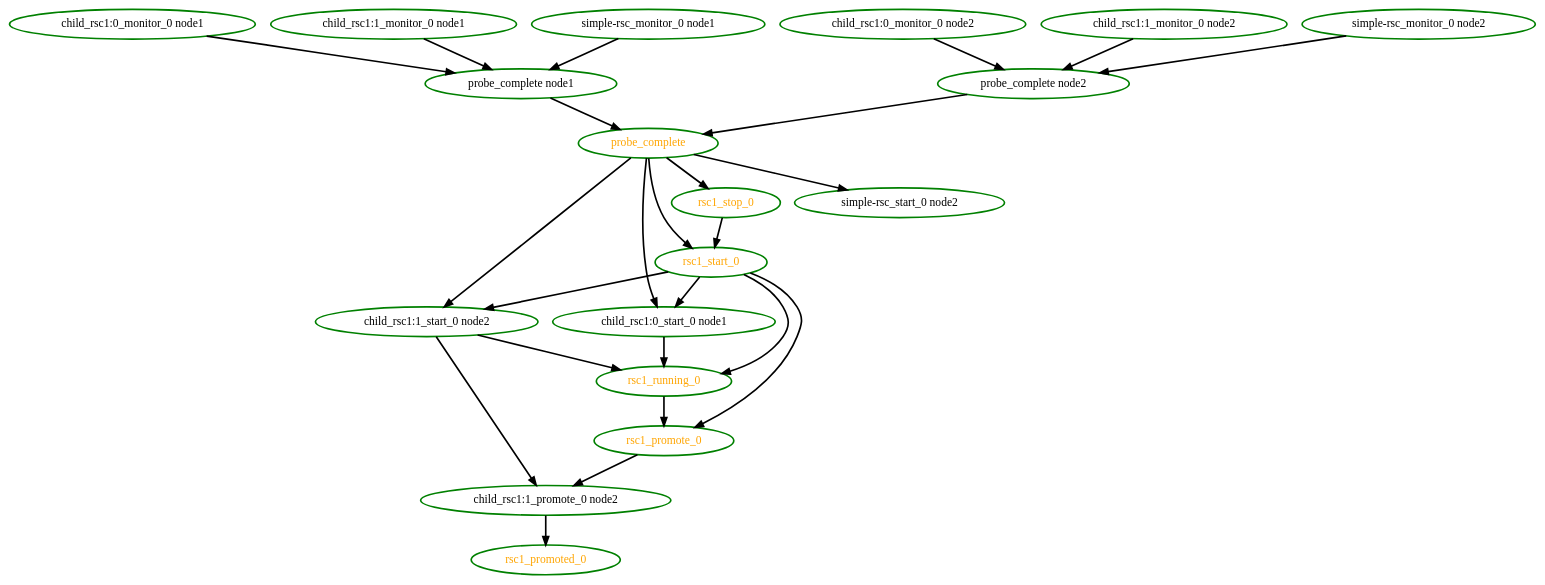
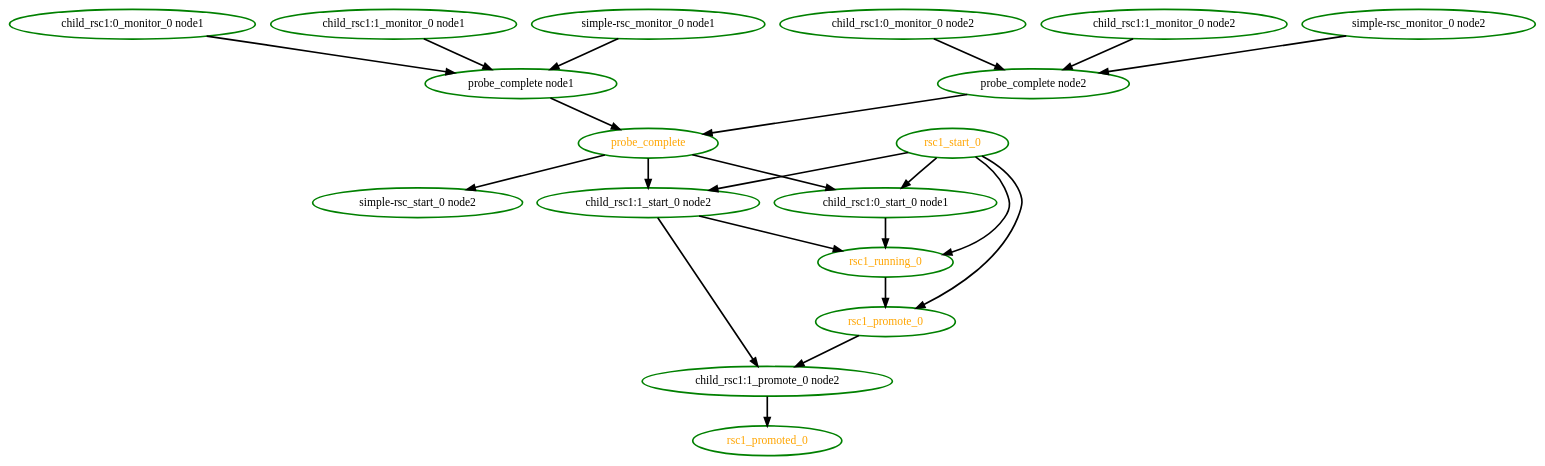
Before and after one commit to ClusterLabs/pacemaker: the diagram in pengine/test10/master-11.dot, drawn with Graphviz. The commit also changed 129 other files, not shown here.

```diff
--- a/pengine/test10/master-11.dot
+++ b/pengine/test10/master-11.dot
@@ -1,44 +1,40 @@
  digraph "g" {
 "child_rsc1:0_monitor_0 node1" -> "probe_complete node1" [ style = bold]
 "child_rsc1:0_monitor_0 node1" [ style=bold color="green" fontcolor="black" ]
 "child_rsc1:0_monitor_0 node2" -> "probe_complete node2" [ style = bold]
 "child_rsc1:0_monitor_0 node2" [ style=bold color="green" fontcolor="black" ]
 "child_rsc1:0_start_0 node1" -> "rsc1_running_0" [ style = bold]
 "child_rsc1:0_start_0 node1" [ style=bold color="green" fontcolor="black" ]
 "child_rsc1:1_monitor_0 node1" -> "probe_complete node1" [ style = bold]
 "child_rsc1:1_monitor_0 node1" [ style=bold color="green" fontcolor="black" ]
 "child_rsc1:1_monitor_0 node2" -> "probe_complete node2" [ style = bold]
 "child_rsc1:1_monitor_0 node2" [ style=bold color="green" fontcolor="black" ]
 "child_rsc1:1_promote_0 node2" -> "rsc1_promoted_0" [ style = bold]
 "child_rsc1:1_promote_0 node2" [ style=bold color="green" fontcolor="black" ]
 "child_rsc1:1_start_0 node2" -> "child_rsc1:1_promote_0 node2" [ style = bold]
 "child_rsc1:1_start_0 node2" -> "rsc1_running_0" [ style = bold]
 "child_rsc1:1_start_0 node2" [ style=bold color="green" fontcolor="black" ]
 "probe_complete node1" -> "probe_complete" [ style = bold]
 "probe_complete node1" [ style=bold color="green" fontcolor="black" ]
 "probe_complete node2" -> "probe_complete" [ style = bold]
 "probe_complete node2" [ style=bold color="green" fontcolor="black" ]
 "probe_complete" -> "child_rsc1:0_start_0 node1" [ style = bold]
 "probe_complete" -> "child_rsc1:1_start_0 node2" [ style = bold]
-"probe_complete" -> "rsc1_start_0" [ style = bold]
-"probe_complete" -> "rsc1_stop_0" [ style = bold]
 "probe_complete" -> "simple-rsc_start_0 node2" [ style = bold]
 "probe_complete" [ style=bold color="green" fontcolor="orange" ]
 "rsc1_promote_0" -> "child_rsc1:1_promote_0 node2" [ style = bold]
 "rsc1_promote_0" [ style=bold color="green" fontcolor="orange" ]
 "rsc1_promoted_0" [ style=bold color="green" fontcolor="orange" ]
 "rsc1_running_0" -> "rsc1_promote_0" [ style = bold]
 "rsc1_running_0" [ style=bold color="green" fontcolor="orange" ]
 "rsc1_start_0" -> "child_rsc1:0_start_0 node1" [ style = bold]
 "rsc1_start_0" -> "child_rsc1:1_start_0 node2" [ style = bold]
 "rsc1_start_0" -> "rsc1_promote_0" [ style = bold]
 "rsc1_start_0" -> "rsc1_running_0" [ style = bold]
 "rsc1_start_0" [ style=bold color="green" fontcolor="orange" ]
-"rsc1_stop_0" -> "rsc1_start_0" [ style = bold]
-"rsc1_stop_0" [ style=bold color="green" fontcolor="orange"  ]
 "simple-rsc_monitor_0 node1" -> "probe_complete node1" [ style = bold]
 "simple-rsc_monitor_0 node1" [ style=bold color="green" fontcolor="black" ]
 "simple-rsc_monitor_0 node2" -> "probe_complete node2" [ style = bold]
 "simple-rsc_monitor_0 node2" [ style=bold color="green" fontcolor="black" ]
 "simple-rsc_start_0 node2" [ style=bold color="green" fontcolor="black" ]
 }
```
